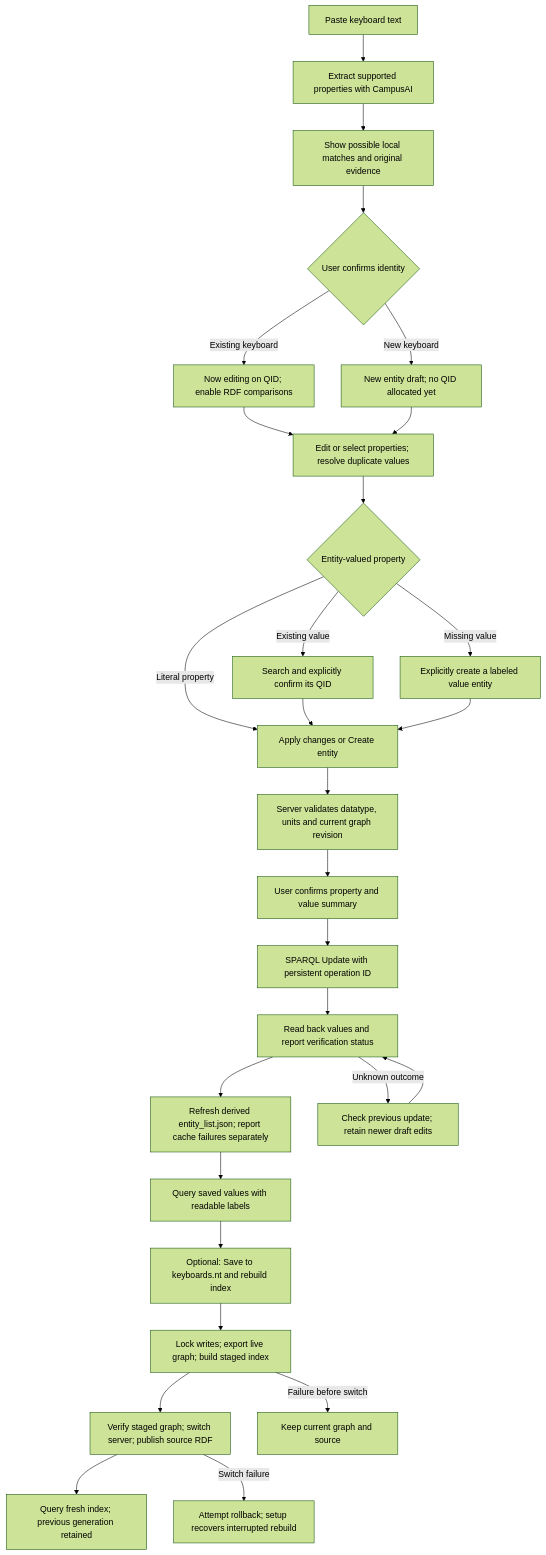
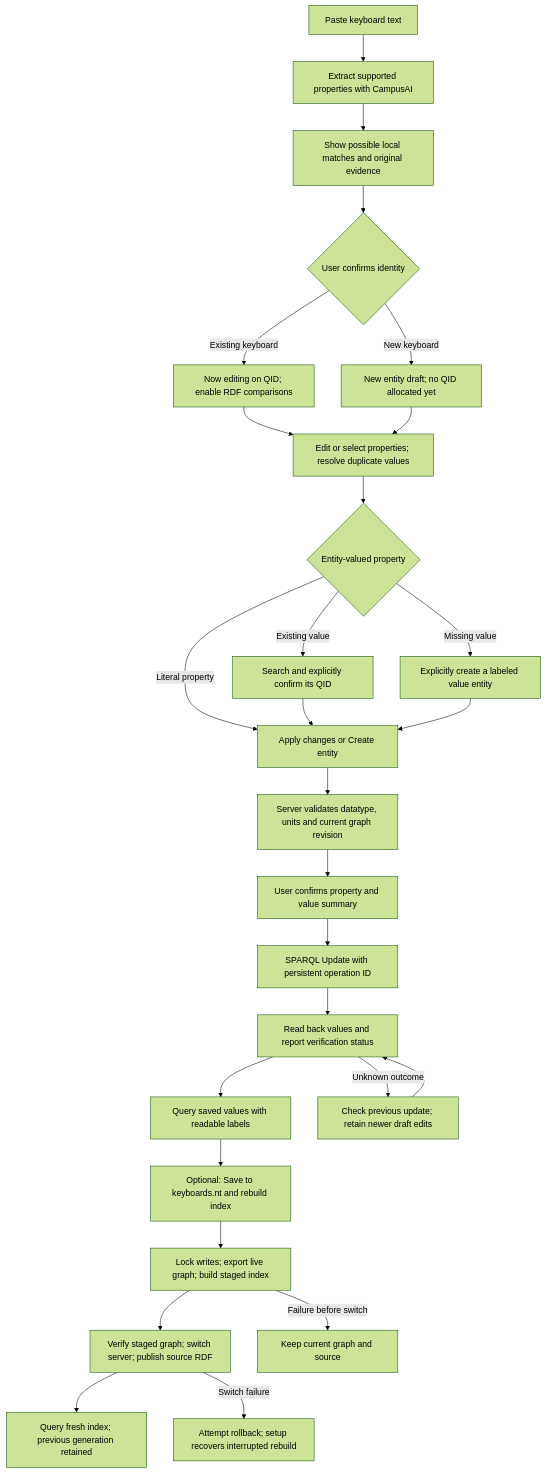
One commit to hawks23/anywikia changed the first of 3 diagrams in workflow.md. Above: the diagram before and after it, drawn with Mermaid (forest theme). The commit also changed other lines of this file and 11 other files, not shown here.

````diff
--- a/workflow.md
+++ b/workflow.md
@@ -8,30 +8,29 @@
 ```mermaid
 flowchart TD
     A[Paste keyboard text] --> B[Extract supported properties with CampusAI]
     B --> C[Show possible local matches and original evidence]
     C --> D{User confirms identity}
     D -->|Existing keyboard| E[Now editing on QID; enable RDF comparisons]
     D -->|New keyboard| F[New entity draft; no QID allocated yet]
     E --> G[Edit or select properties; resolve duplicate values]
     F --> G
     G --> V{Entity-valued property}
     V -->|Existing value| W[Search and explicitly confirm its QID]
     V -->|Missing value| X[Explicitly create a labeled value entity]
     V -->|Literal property| H[Apply changes or Create entity]
     W --> H
     X --> H
     H --> I[Server validates datatype, units and current graph revision]
     I --> J[User confirms property and value summary]
     J --> K[SPARQL Update with persistent operation ID]
     K --> L[Read back values and report verification status]
-    L --> CAT[Refresh derived entity_list.json; report cache failures separately]
-    CAT --> M[Query saved values with readable labels]
+    L --> M[Query saved values with readable labels]
     L -->|Unknown outcome| R[Check previous update; retain newer draft edits]
     R --> L
     M --> N[Optional: Save to keyboards.nt and rebuild index]
     N --> O[Lock writes; export live graph; build staged index]
     O --> P[Verify staged graph; switch server; publish source RDF]
     P --> Q[Query fresh index; previous generation retained]
     O -->|Failure before switch| S[Keep current graph and source]
     P -->|Switch failure| T[Attempt rollback; setup recovers interrupted rebuild]
 ```
````
